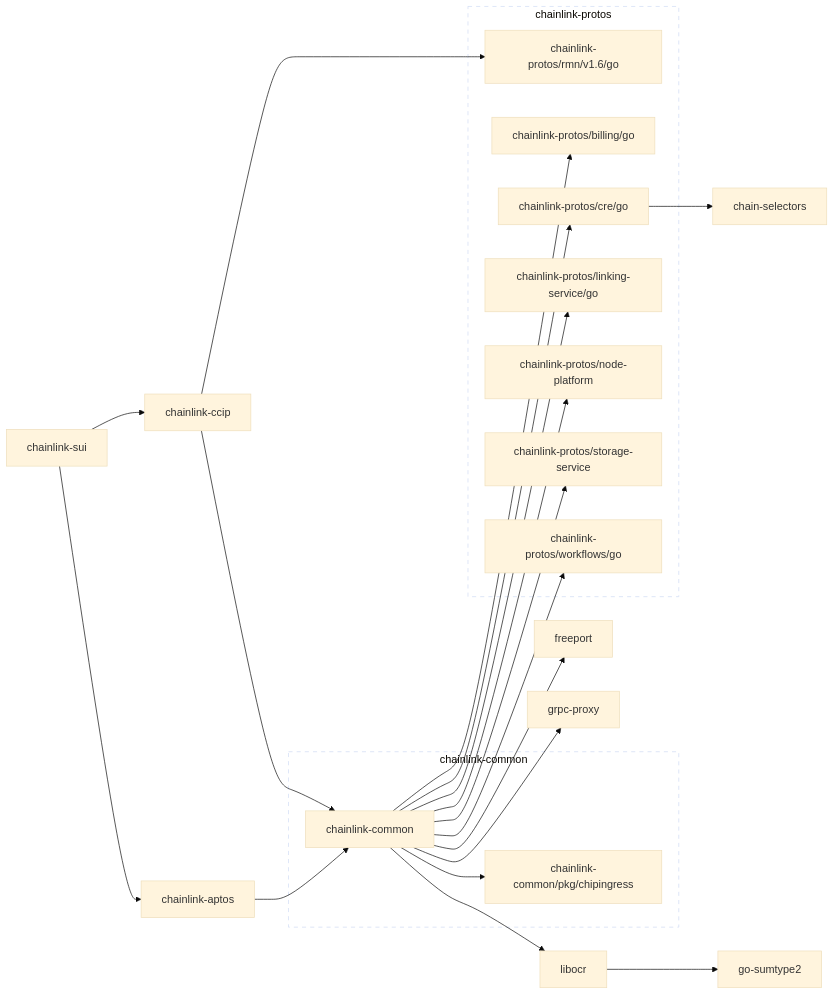
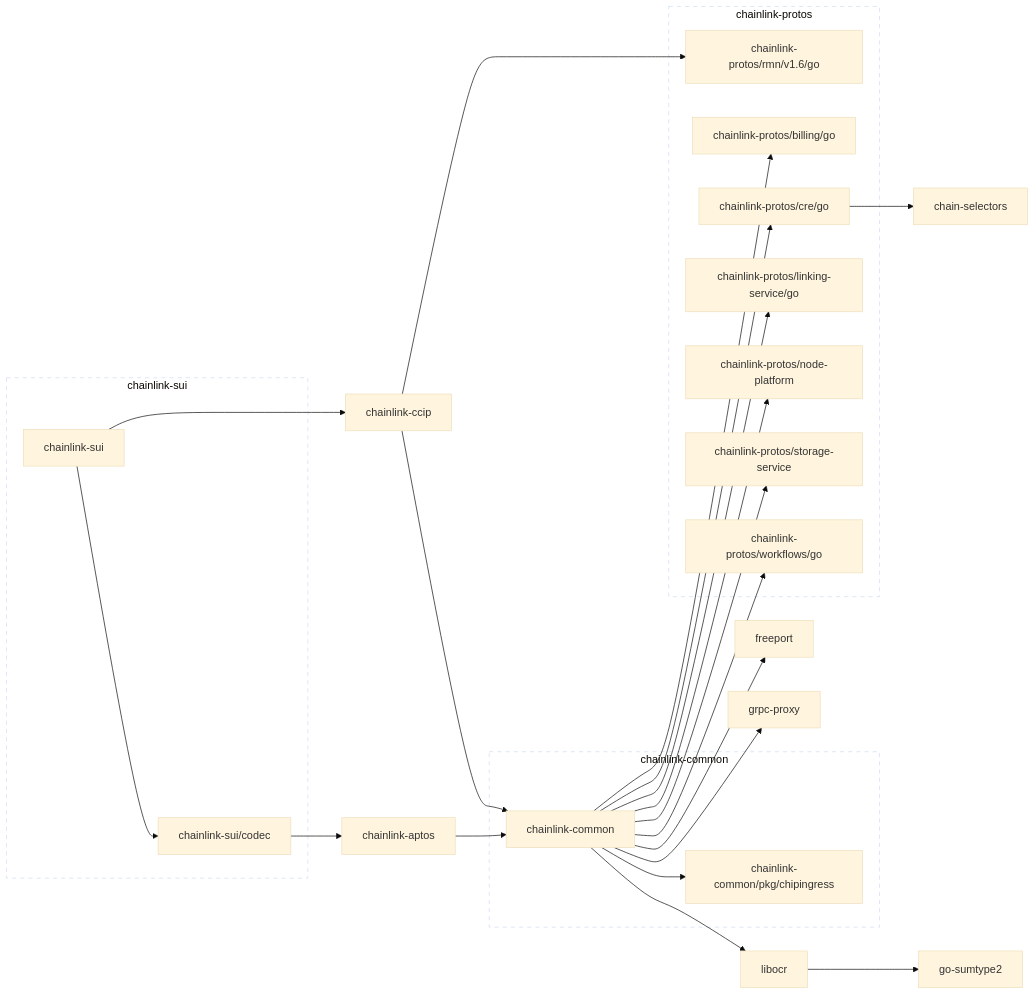
Before and after one commit to smartcontractkit/chainlink-sui: the first of 2 diagrams in go.md, drawn with Mermaid (base theme). The commit also changed other lines of this file and 26 other files, not shown here.

````diff
--- a/go.md
+++ b/go.md
@@ -3,69 +3,77 @@
 ```mermaid
 flowchart LR
 
 	chain-selectors
 	click chain-selectors href "https://github.com/smartcontractkit/chain-selectors"
 	chainlink-aptos --> chainlink-common
 	click chainlink-aptos href "https://github.com/smartcontractkit/chainlink-aptos"
 	chainlink-ccip --> chainlink-common
 	chainlink-ccip --> chainlink-protos/rmn/v1.6/go
 	click chainlink-ccip href "https://github.com/smartcontractkit/chainlink-ccip"
 	chainlink-common --> chainlink-common/pkg/chipingress
 	chainlink-common --> chainlink-protos/billing/go
 	chainlink-common --> chainlink-protos/cre/go
 	chainlink-common --> chainlink-protos/linking-service/go
 	chainlink-common --> chainlink-protos/node-platform
 	chainlink-common --> chainlink-protos/storage-service
 	chainlink-common --> chainlink-protos/workflows/go
 	chainlink-common --> freeport
 	chainlink-common --> grpc-proxy
 	chainlink-common --> libocr
 	click chainlink-common href "https://github.com/smartcontractkit/chainlink-common"
 	chainlink-common/pkg/chipingress
 	click chainlink-common/pkg/chipingress href "https://github.com/smartcontractkit/chainlink-common"
 	chainlink-protos/billing/go
 	click chainlink-protos/billing/go href "https://github.com/smartcontractkit/chainlink-protos"
 	chainlink-protos/cre/go --> chain-selectors
 	click chainlink-protos/cre/go href "https://github.com/smartcontractkit/chainlink-protos"
 	chainlink-protos/linking-service/go
 	click chainlink-protos/linking-service/go href "https://github.com/smartcontractkit/chainlink-protos"
 	chainlink-protos/node-platform
 	click chainlink-protos/node-platform href "https://github.com/smartcontractkit/chainlink-protos"
 	chainlink-protos/rmn/v1.6/go
 	click chainlink-protos/rmn/v1.6/go href "https://github.com/smartcontractkit/chainlink-protos"
 	chainlink-protos/storage-service
 	click chainlink-protos/storage-service href "https://github.com/smartcontractkit/chainlink-protos"
 	chainlink-protos/workflows/go
 	click chainlink-protos/workflows/go href "https://github.com/smartcontractkit/chainlink-protos"
-	chainlink-sui --> chainlink-aptos
 	chainlink-sui --> chainlink-ccip
+	chainlink-sui --> chainlink-sui/codec
 	click chainlink-sui href "https://github.com/smartcontractkit/chainlink-sui"
+	chainlink-sui/codec --> chainlink-aptos
+	click chainlink-sui/codec href "https://github.com/smartcontractkit/chainlink-sui"
 	freeport
 	click freeport href "https://github.com/smartcontractkit/freeport"
 	go-sumtype2
 	click go-sumtype2 href "https://github.com/smartcontractkit/go-sumtype2"
 	grpc-proxy
 	click grpc-proxy href "https://github.com/smartcontractkit/grpc-proxy"
 	libocr --> go-sumtype2
 	click libocr href "https://github.com/smartcontractkit/libocr"
 
 	subgraph chainlink-common-repo[chainlink-common]
 		 chainlink-common
 		 chainlink-common/pkg/chipingress
 	end
 	click chainlink-common-repo href "https://github.com/smartcontractkit/chainlink-common"
 
 	subgraph chainlink-protos-repo[chainlink-protos]
 		 chainlink-protos/billing/go
 		 chainlink-protos/cre/go
 		 chainlink-protos/linking-service/go
 		 chainlink-protos/node-platform
 		 chainlink-protos/rmn/v1.6/go
 		 chainlink-protos/storage-service
 		 chainlink-protos/workflows/go
 	end
 	click chainlink-protos-repo href "https://github.com/smartcontractkit/chainlink-protos"
 
+	subgraph chainlink-sui-repo[chainlink-sui]
+		 chainlink-sui
+		 chainlink-sui/codec
+	end
+	click chainlink-sui-repo href "https://github.com/smartcontractkit/chainlink-sui"
+
 	classDef outline stroke-dasharray:6,fill:none;
-	class chainlink-common-repo,chainlink-protos-repo outline
+	class chainlink-common-repo,chainlink-protos-repo,chainlink-sui-repo outline
 ```
````
